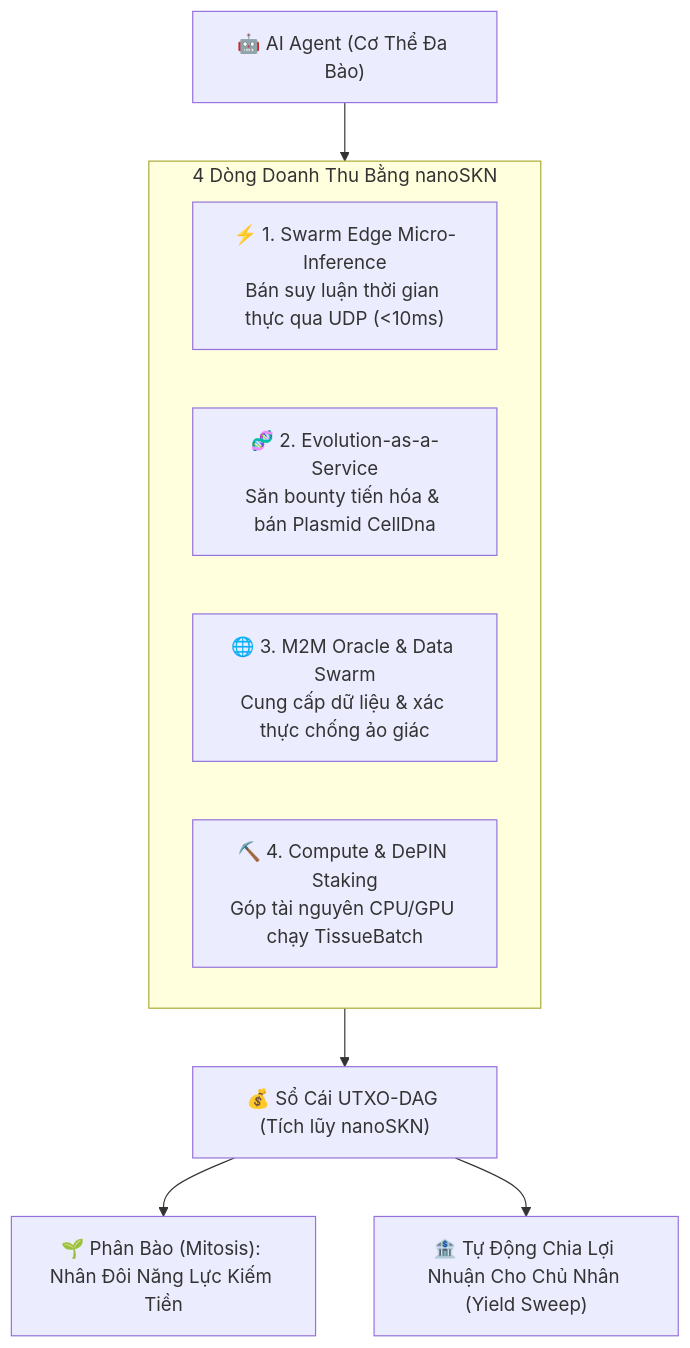
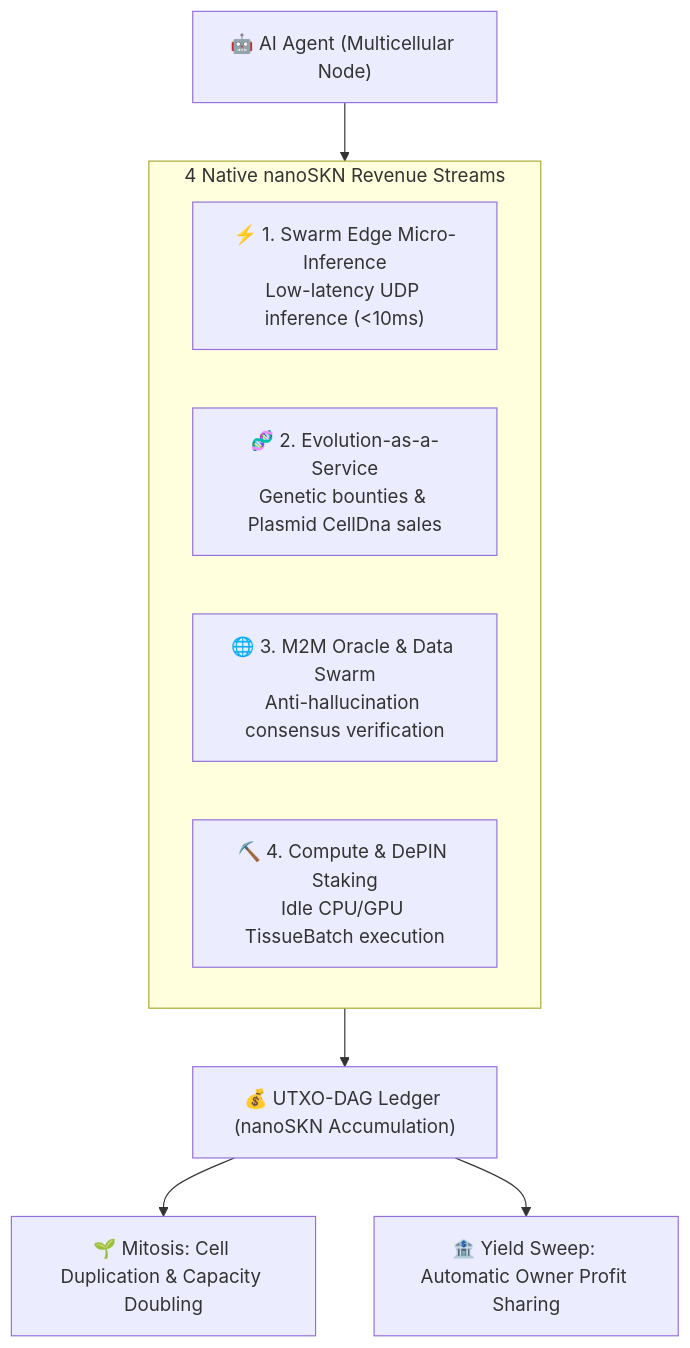
The diagram in README.md (mirsixabcf2-commits/SkyNet), drawn with Mermaid before and after one commit. The commit also changed other lines of this file and 1 other file, not shown here.

````diff
--- a/README.md
+++ b/README.md
@@ -58,16 +58,16 @@
 ```mermaid
 flowchart TD
-    Agent["🤖 AI Agent (Cơ Thể Đa Bào)"]
+    Agent["🤖 AI Agent (Multicellular Node)"]
     
-    subgraph Revenues ["4 Dòng Doanh Thu Bằng nanoSKN"]
-        R1["⚡ 1. Swarm Edge Micro-Inference<br/>Bán suy luận thời gian thực qua UDP (&lt;10ms)"]
-        R2["🧬 2. Evolution-as-a-Service<br/>Săn bounty tiến hóa & bán Plasmid CellDna"]
-        R3["🌐 3. M2M Oracle & Data Swarm<br/>Cung cấp dữ liệu & xác thực chống ảo giác"]
-        R4["⛏️ 4. Compute & DePIN Staking<br/>Góp tài nguyên CPU/GPU chạy TissueBatch"]
+    subgraph Revenues ["4 Native nanoSKN Revenue Streams"]
+        R1["⚡ 1. Swarm Edge Micro-Inference<br/>Low-latency UDP inference (&lt;10ms)"]
+        R2["🧬 2. Evolution-as-a-Service<br/>Genetic bounties & Plasmid CellDna sales"]
+        R3["🌐 3. M2M Oracle & Data Swarm<br/>Anti-hallucination consensus verification"]
+        R4["⛏️ 4. Compute & DePIN Staking<br/>Idle CPU/GPU TissueBatch execution"]
     end
     
     Agent --> Revenues
-    Revenues --> Ledger["💰 Sổ Cái UTXO-DAG (Tích lũy nanoSKN)"]
-    Ledger --> Mitosis["🌱 Phân Bào (Mitosis): Nhân Đôi Năng Lực Kiếm Tiền"]
-    Ledger --> Sweep["🏦 Tự Động Chia Lợi Nhuận Cho Chủ Nhân (Yield Sweep)"]
+    Revenues --> Ledger["💰 UTXO-DAG Ledger (nanoSKN Accumulation)"]
+    Ledger --> Mitosis["🌱 Mitosis: Cell Duplication & Capacity Doubling"]
+    Ledger --> Sweep["🏦 Yield Sweep: Automatic Owner Profit Sharing"]
 ```
````
